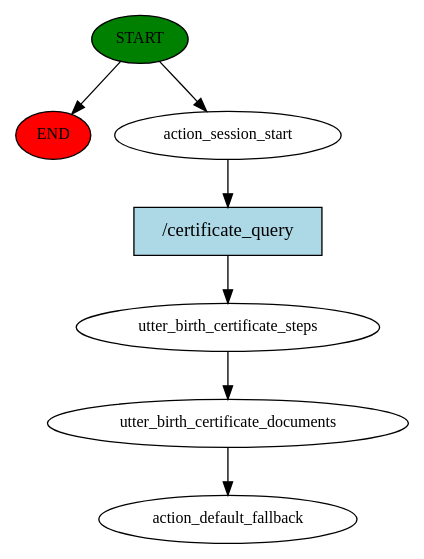
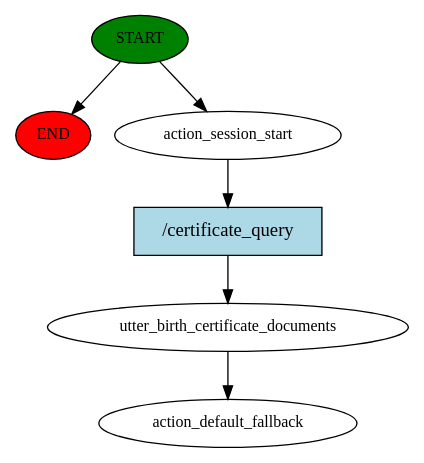
The diagram in story_graph.dot (PiyushLuitel-07/Samadhan-A-Local-Government-Service-QueryBot), drawn with Graphviz before and after one commit. The commit also changed 41 other files, not shown here.

```diff
--- a/story_graph.dot
+++ b/story_graph.dot
@@ -1,15 +1,13 @@
 digraph  {
 0 [class="start active", fillcolor=green, fontsize=12, label=START, style=filled];
 "-1" [class=end, fillcolor=red, fontsize=12, label=END, style=filled];
 1 [class=active, fontsize=12, label=action_session_start];
-2 [class=active, fontsize=12, label=utter_birth_certificate_steps];
-3 [class=active, fontsize=12, label=utter_birth_certificate_documents];
-4 [class="dashed active", fontsize=12, label=action_default_fallback];
-5 [class="intent active", fillcolor=lightblue, label="/certificate_query", shape=rect, style=filled];
+2 [class=active, fontsize=12, label=utter_birth_certificate_documents];
+3 [class="dashed active", fontsize=12, label=action_default_fallback];
+4 [class="intent active", fillcolor=lightblue, label="/certificate_query", shape=rect, style=filled];
 0 -> "-1"  [class="", key=NONE, label=""];
 0 -> 1  [class=active, key=NONE, label=""];
-1 -> 5  [class=active, key=0];
+1 -> 4  [class=active, key=0];
 2 -> 3  [class=active, key=NONE, label=""];
-3 -> 4  [class=active, key=NONE, label=""];
-5 -> 2  [class=active, key=0];
+4 -> 2  [class=active, key=0];
 }
```
